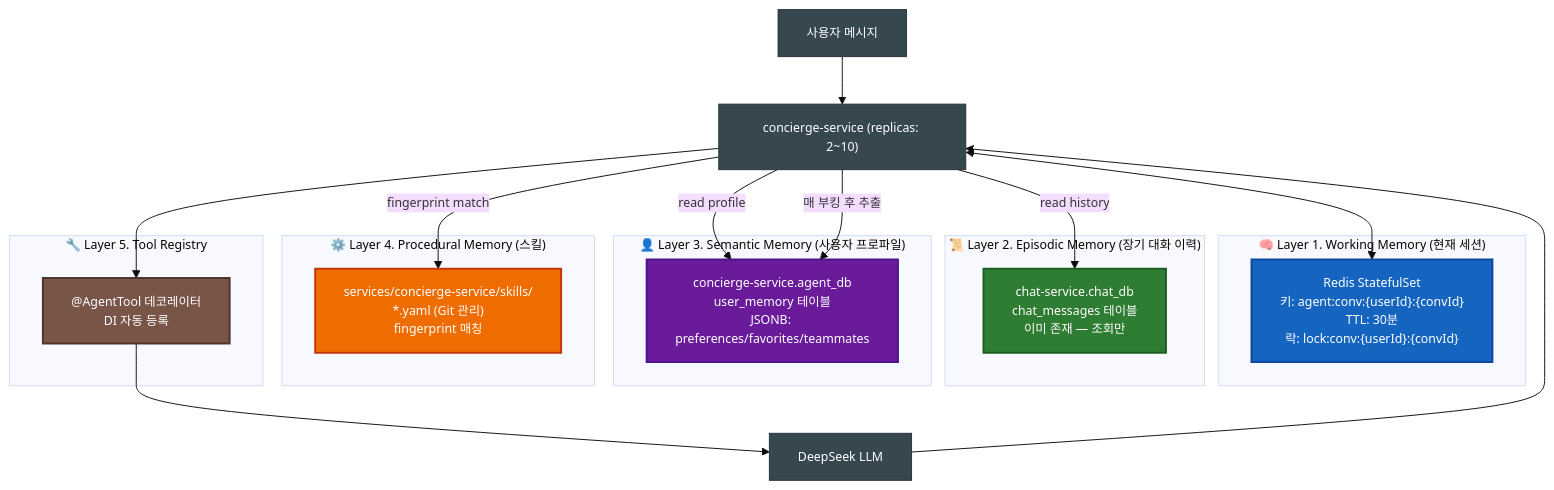
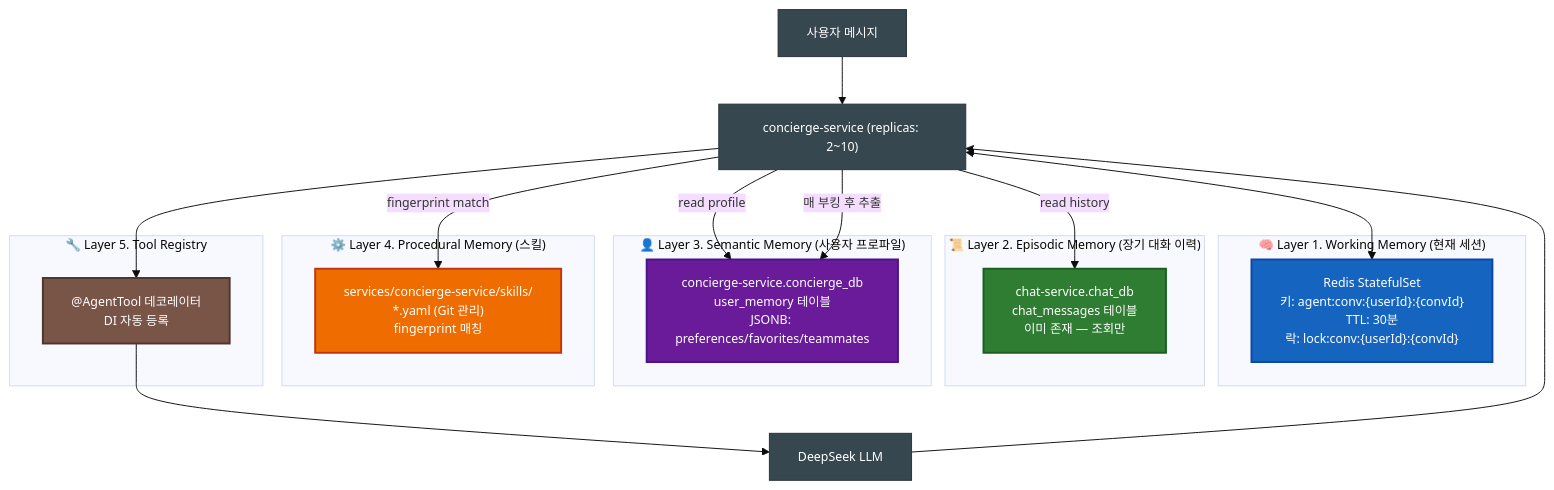
The first of 5 diagrams in docs/workflow/agent-memory.md (uniyous/parkgolf-platform), drawn with Mermaid before and after one commit. The commit also changed other lines of this file and 37 other files, not shown here.

First line of the commit message:
refactor(infra): NATS subject·DB명 리네임 — agent.*→concierge.* · payment.*→billing.* (UNI-91)

````diff
--- a/docs/workflow/agent-memory.md
+++ b/docs/workflow/agent-memory.md
@@ -40,51 +40,51 @@
 ```mermaid
 %%{init: {'theme':'base','themeVariables':{'fontSize':'13px'}}}%%
 flowchart TB
     User["사용자 메시지"]
     LLM["DeepSeek LLM"]
     Agent["concierge-service (replicas: 2~10)"]
 
     subgraph L1["🧠 Layer 1. Working Memory (현재 세션)"]
         Redis["Redis StatefulSet<br/>키: agent:conv:{userId}:{convId}<br/>TTL: 30분<br/>락: lock:conv:{userId}:{convId}"]
     end
 
     subgraph L2["📜 Layer 2. Episodic Memory (장기 대화 이력)"]
         ChatDB["chat-service.chat_db<br/>chat_messages 테이블<br/>이미 존재 — 조회만"]
     end
 
     subgraph L3["👤 Layer 3. Semantic Memory (사용자 프로파일)"]
-        AgentDB["concierge-service.agent_db<br/>user_memory 테이블<br/>JSONB: preferences/favorites/teammates"]
+        AgentDB["concierge-service.concierge_db<br/>user_memory 테이블<br/>JSONB: preferences/favorites/teammates"]
     end
 
     subgraph L4["⚙️ Layer 4. Procedural Memory (스킬)"]
         Skills["services/concierge-service/skills/<br/>*.yaml (Git 관리)<br/>fingerprint 매칭"]
     end
 
     subgraph L5["🔧 Layer 5. Tool Registry"]
         Tools["@AgentTool 데코레이터<br/>DI 자동 등록"]
     end
 
     User --> Agent
     Agent <--> Redis
     Agent -->|read history| ChatDB
     Agent -->|read profile| AgentDB
     Agent -->|매 부킹 후 추출| AgentDB
     Agent -->|fingerprint match| Skills
     Agent --> Tools
     Tools --> LLM
     LLM --> Agent
 
     classDef l1 fill:#1565C0,color:#fff,stroke:#0D47A1,stroke-width:2px
     classDef l2 fill:#2E7D32,color:#fff,stroke:#1B5E20,stroke-width:2px
     classDef l3 fill:#6A1B9A,color:#fff,stroke:#4A148C,stroke-width:2px
     classDef l4 fill:#EF6C00,color:#fff,stroke:#BF360C,stroke-width:2px
     classDef l5 fill:#795548,color:#fff,stroke:#4E342E,stroke-width:2px
     classDef ext fill:#37474F,color:#fff,stroke:#263238
 
     class Redis l1
     class ChatDB l2
     class AgentDB l3
     class Skills l4
     class Tools l5
     class User,LLM,Agent ext
 ```
````
